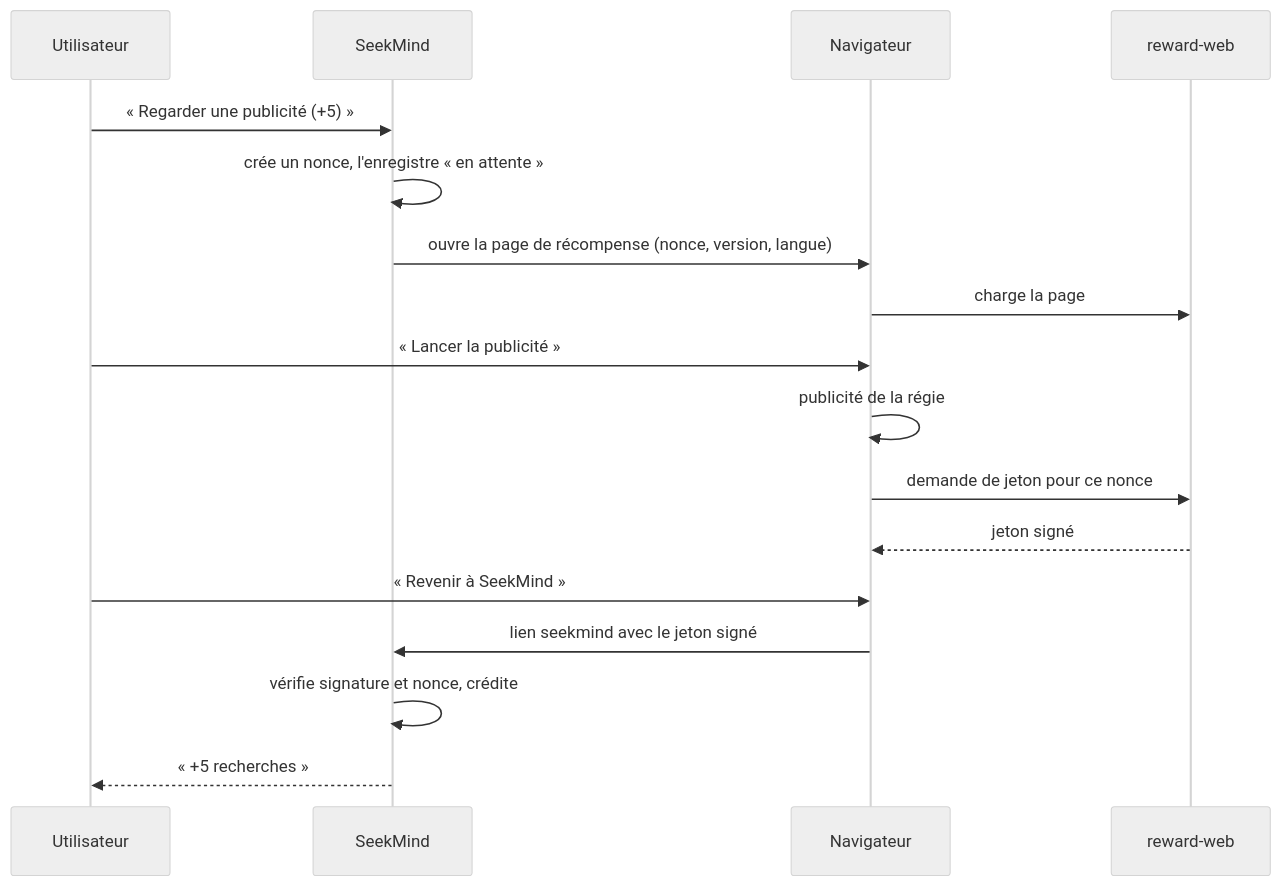
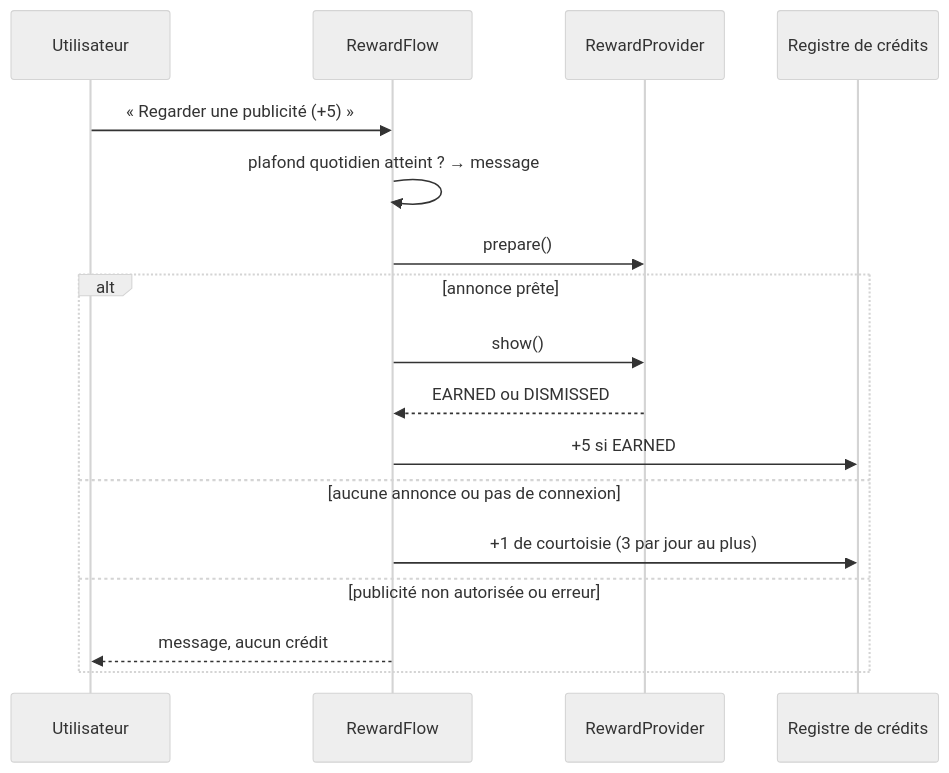
The diagram in docs/specs/monetisation.md (nathan33670-spec/Seekmind), drawn with Mermaid (neutral theme) before and after one commit. The commit also changed other lines of this file and 9 other files, not shown here.

````diff
--- a/docs/specs/monetisation.md
+++ b/docs/specs/monetisation.md
@@ -109,19 +99,19 @@
 ```mermaid
 sequenceDiagram
   participant U as Utilisateur
-  participant A as SeekMind
-  participant N as Navigateur
-  participant W as reward-web
-  U->>A: « Regarder une publicité (+5) »
-  A->>A: crée un nonce, l'enregistre « en attente »
-  A->>N: ouvre la page de récompense (nonce, version, langue)
-  N->>W: charge la page
-  U->>N: « Lancer la publicité »
-  N->>N: publicité de la régie
-  N->>W: demande de jeton pour ce nonce
-  W-->>N: jeton signé
-  U->>N: « Revenir à SeekMind »
-  N->>A: lien seekmind avec le jeton signé
-  A->>A: vérifie signature et nonce, crédite
-  A-->>U: « +5 recherches »
+  participant F as RewardFlow
+  participant P as RewardProvider
+  participant L as Registre de crédits
+  U->>F: « Regarder une publicité (+5) »
+  F->>F: plafond quotidien atteint ? → message
+  F->>P: prepare()
+  alt annonce prête
+    F->>P: show()
+    P-->>F: EARNED ou DISMISSED
+    F->>L: +5 si EARNED
+  else aucune annonce ou pas de connexion
+    F->>L: +1 de courtoisie (3 par jour au plus)
+  else publicité non autorisée ou erreur
+    F-->>U: message, aucun crédit
+  end
 ```
````
